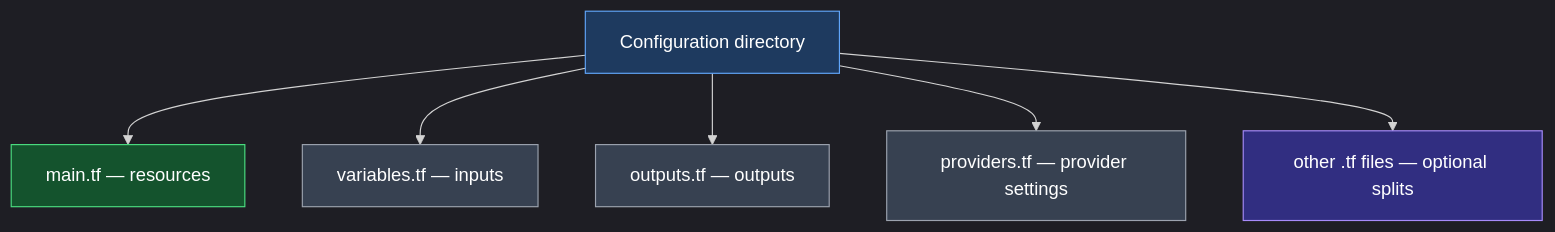
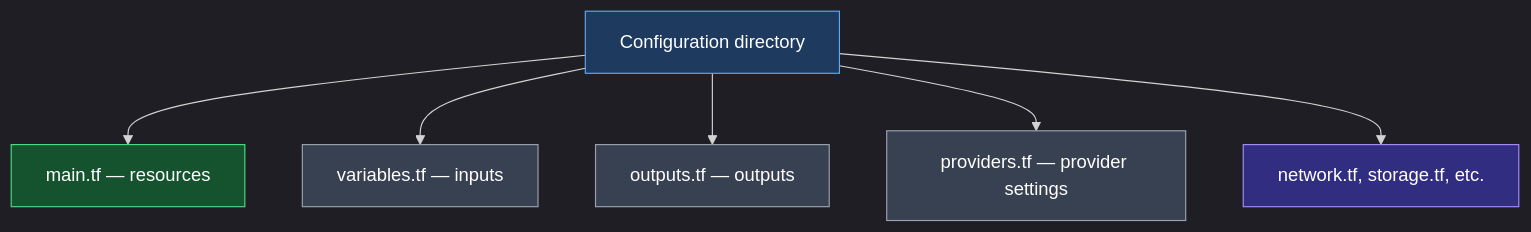
One commit to nirajp82/Terraform_Basics changed the third of 3 diagrams in 04_Core_Terraform_Basics/02_Configuration_Directory.md. Above: the diagram before and after it, drawn with Mermaid. The commit also changed other lines of this file and 1 other file, not shown here.

Commit message:
Update Diagram

````diff
--- a/04_Core_Terraform_Basics/02_Configuration_Directory.md
+++ b/04_Core_Terraform_Basics/02_Configuration_Directory.md
@@ -174,16 +176,16 @@
 ```mermaid
 %%{init: {'theme': 'dark', 'flowchart': {'htmlLabels': true}}}%%
 flowchart TD
     DIR["Configuration directory"] --> MAIN["main.tf — resources"]
     DIR --> VARS["variables.tf — inputs"]
     DIR --> OUT["outputs.tf — outputs"]
     DIR --> PROV["providers.tf — provider settings"]
-    DIR --> OTHER["other .tf files — optional splits"]
+    DIR --> OTHER["network.tf, storage.tf, etc."]
 
     style DIR fill:#1e3a5f,stroke:#60a5fa,color:#ffffff
     style MAIN fill:#14532d,stroke:#4ade80,color:#ffffff
     style VARS fill:#374151,stroke:#9ca3af,color:#ffffff
     style OUT fill:#374151,stroke:#9ca3af,color:#ffffff
     style PROV fill:#374151,stroke:#9ca3af,color:#ffffff
     style OTHER fill:#312e81,stroke:#a78bfa,color:#ffffff
 ```
````
